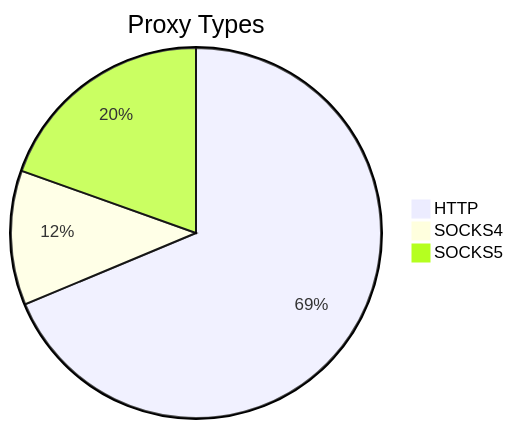
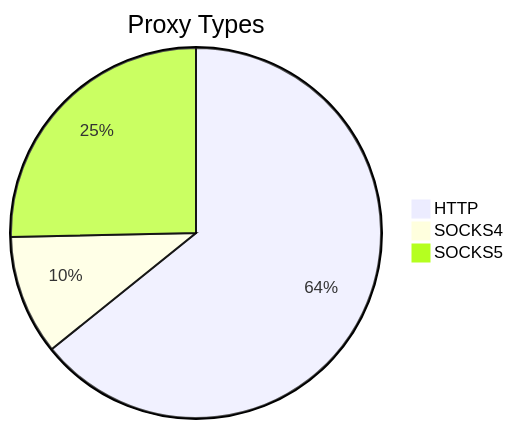
Before and after one commit to stormsia/proxy-list: the first of 2 diagrams in README.md, drawn with Mermaid. The commit also changed other lines of this file, not shown here.

````diff
--- a/README.md
+++ b/README.md
@@ -21,6 +21,6 @@
 ```mermaid
 pie title Proxy Types
-    "HTTP" : 573
-    "SOCKS4" : 98
-    "SOCKS5" : 163
+    "HTTP" : 479
+    "SOCKS4" : 78
+    "SOCKS5" : 189
 ```
````
